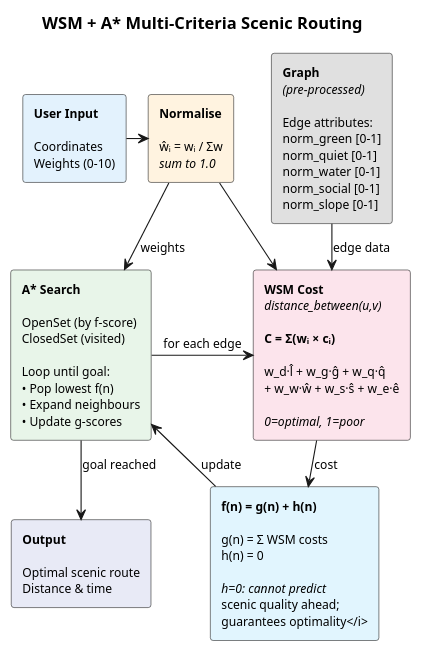
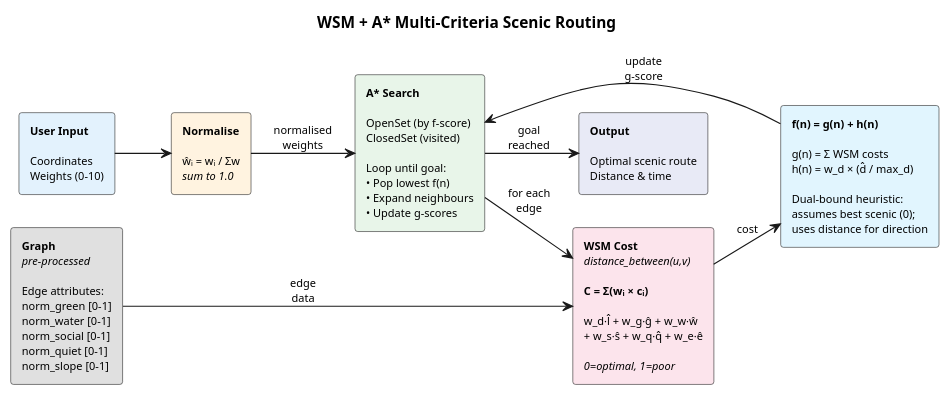
The diagram in docs/poster_diagrams/wsm_astar_algorithm.md (Chimpyr/pathfinder-project), drawn with PlantUML before and after one commit. The commit also changed other lines of this file and 2 other files, not shown here.

Commit message:
update heuristic

````diff
--- a/docs/poster_diagrams/wsm_astar_algorithm.md
+++ b/docs/poster_diagrams/wsm_astar_algorithm.md
@@ -3,41 +3,45 @@
 ```plantuml
-@startuml WSM_AStar_Algorithm
+@startuml WSM_AStar_Algorithm_Horizontal
 skinparam backgroundColor white
 skinparam shadowing false
 skinparam defaultFontName Arial
-skinparam defaultFontSize 11
+skinparam defaultFontSize 10
 skinparam roundcorner 5
-skinparam nodesep 20
-skinparam ranksep 25
+skinparam nodesep 30
+skinparam ranksep 40
 
-title <size:15><b>WSM + A* Multi-Criteria Scenic Routing</b></size>
+left to right direction
 
-' ===== TOP ROW =====
-rectangle "**Graph**\n<i>(pre-processed)</i>\n\nEdge attributes:\nnorm_green [0-1]\nnorm_quiet [0-1]\nnorm_water [0-1]\nnorm_social [0-1]\nnorm_slope [0-1]" as GRAPH #E0E0E0
+title <size:14><b>WSM + A* Multi-Criteria Scenic Routing</b></size>
 
-rectangle "**User Input**\n\nCoordinates\nWeights (0-10)" as INPUT #E3F2FD
+' ===== INPUT STAGE (Left) =====
+together {
+  rectangle "**User Input**\n\nCoordinates\nWeights (0-10)" as INPUT #E3F2FD
+  
+  rectangle "**Graph**\n//pre-processed//\n\nEdge attributes:\nnorm_green [0-1]\nnorm_water [0-1]\nnorm_social [0-1]\nnorm_quiet [0-1]\nnorm_slope [0-1]" as GRAPH #E0E0E0
+}
 
-rectangle "**Normalise**\n\nŵᵢ = wᵢ / Σw\n<i>sum to 1.0</i>" as NORM #FFF3E0
+' ===== NORMALISE STAGE =====
+rectangle "**Normalise**\n\nŵᵢ = wᵢ / Σw\n//sum to 1.0//" as NORM #FFF3E0
 
-' ===== MIDDLE ROW =====
+' ===== CORE ALGORITHM (Center) =====
 rectangle "**A* Search**\n\nOpenSet (by f-score)\nClosedSet (visited)\n\nLoop until goal:\n• Pop lowest f(n)\n• Expand neighbours\n• Update g-scores" as ASTAR #E8F5E9
 
-rectangle "**WSM Cost**\n<i>distance_between(u,v)</i>\n\n<b>C = Σ(wᵢ × cᵢ)</b>\n\nw_d·l̂ + w_g·ĝ + w_q·q̂\n+ w_w·ŵ + w_s·ŝ + w_e·ê\n\n<i>0=optimal, 1=poor</i>" as WSM #FCE4EC
+rectangle "**WSM Cost**\n//distance_between(u,v)//\n\n**C = Σ(wᵢ × cᵢ)**\n\nw_d·l̂ + w_g·ĝ + w_w·ŵ\n+ w_s·ŝ + w_q·q̂ + w_e·ê\n\n//0=optimal, 1=poor//" as WSM #FCE4EC
 
-rectangle "**f(n) = g(n) + h(n)**\n\ng(n) = Σ WSM costs\nh(n) = 0\n\n<i>h=0: cannot predict\nscenic quality ahead;\nguarantees optimality</i>" as FSCORE #E1F5FE
+rectangle "**f(n) = g(n) + h(n)**\n\ng(n) = Σ WSM costs\nh(n) = w_d × (d̂ / max_d)\n\nDual-bound heuristic:\nassumes best scenic (0);\nuses distance for direction" as FSCORE #E1F5FE
 
-' ===== BOTTOM =====
+' ===== OUTPUT STAGE (Right) =====
 rectangle "**Output**\n\nOptimal scenic route\nDistance & time" as OUTPUT #E8EAF6
 
-' ===== CONNECTIONS =====
-GRAPH -down-> WSM : edge data
-INPUT -right-> NORM
-NORM -down-> ASTAR : weights
-NORM -down-> WSM
-ASTAR -right-> WSM : for each edge
-WSM -right-> FSCORE : cost
-FSCORE -up-> ASTAR : update
-ASTAR -down-> OUTPUT : goal reached
+' ===== CONNECTIONS (Horizontal Flow) =====
+INPUT --> NORM : " "
+NORM --> ASTAR : normalised\nweights
+GRAPH --> WSM : edge\ndata
+ASTAR --> WSM : for each\nedge
+WSM --> FSCORE : cost
+FSCORE --> ASTAR : update\ng-score
+ASTAR --> OUTPUT : goal\nreached
 
 @enduml
 ```
````
